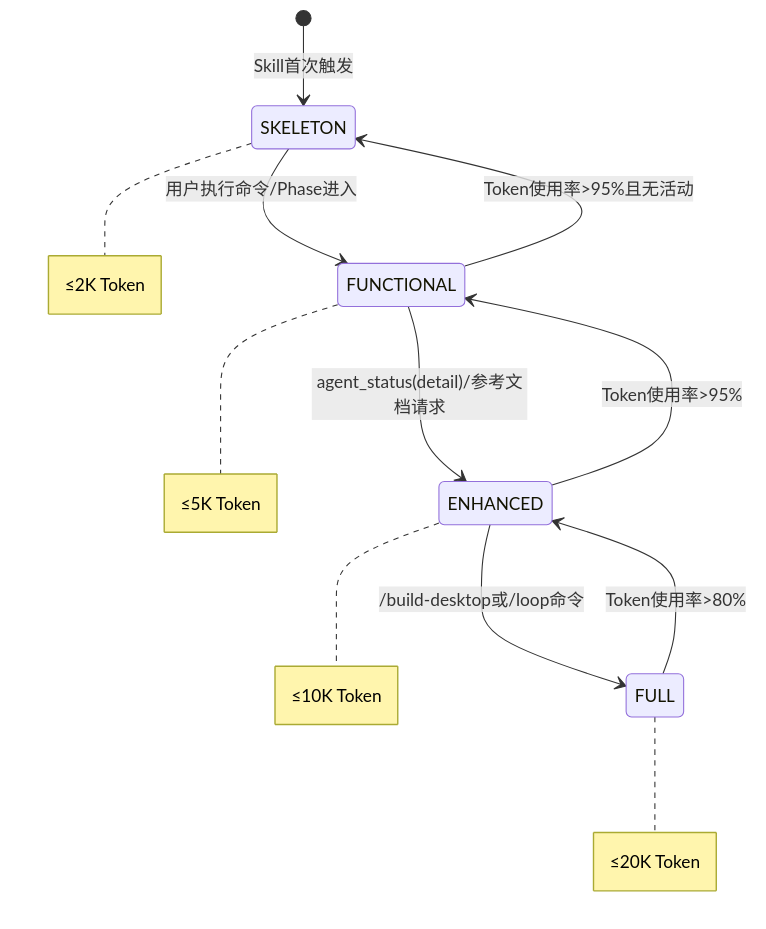
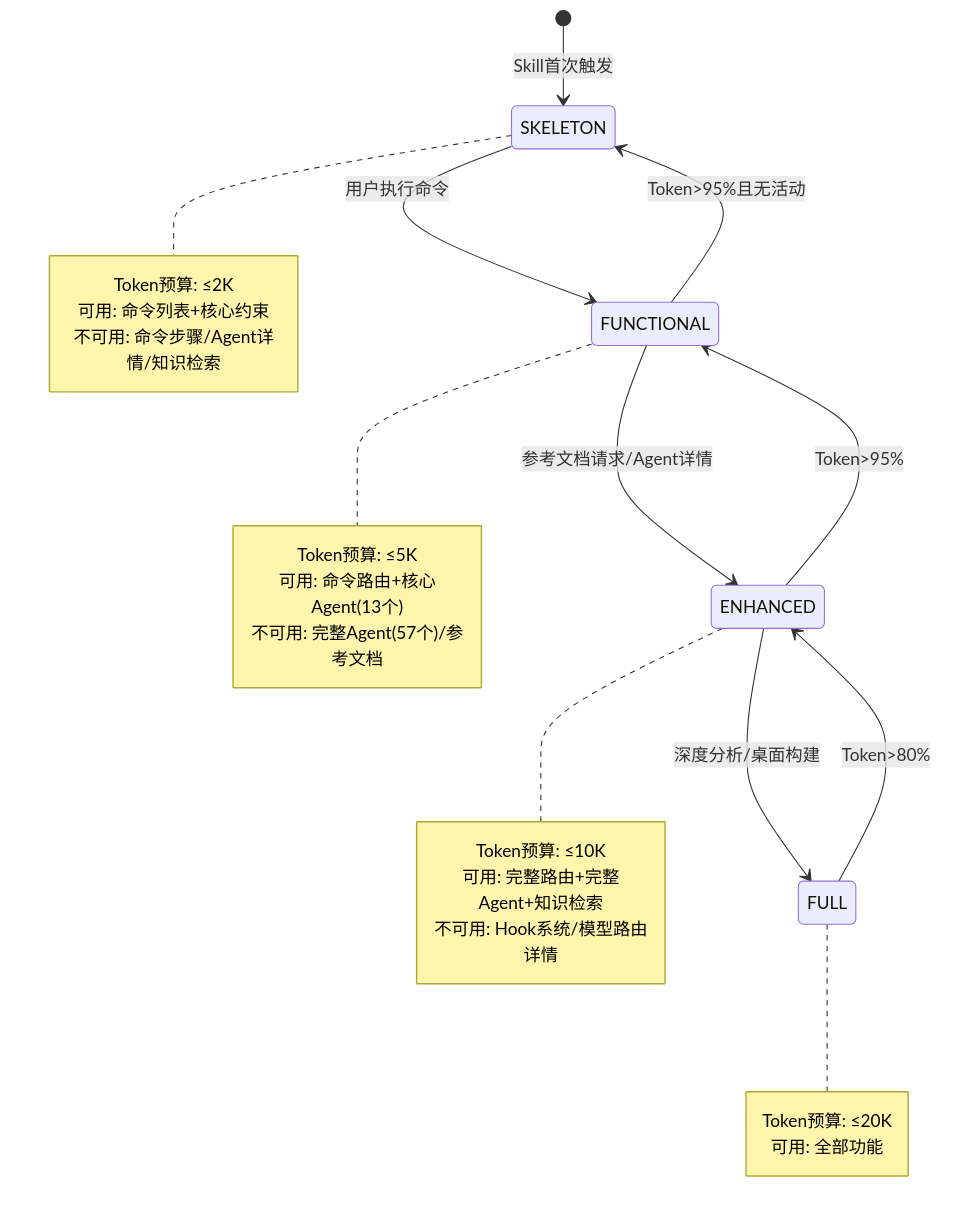
Before and after one commit to xuanyuanchumo/xuansto: the first of 5 diagrams in docs/plan/SKILL_REVIEW.md, drawn with Mermaid. The commit also changed other lines of this file and 26 other files, not shown here.

````diff
--- a/docs/plan/SKILL_REVIEW.md
+++ b/docs/plan/SKILL_REVIEW.md
@@ -607,16 +402,34 @@
 ```mermaid
 stateDiagram-v2
-    [*] --> SKELETON: Skill首次触发
-    SKELETON --> FUNCTIONAL: 用户执行命令/Phase进入
-    FUNCTIONAL --> ENHANCED: agent_status(detail)/参考文档请求
-    ENHANCED --> FULL: /build-desktop或/loop命令
+    [*] --> SKELETON : Skill首次触发
+    SKELETON --> FUNCTIONAL : 用户执行命令
+    FUNCTIONAL --> ENHANCED : 参考文档请求/Agent详情
+    ENHANCED --> FULL : 深度分析/桌面构建
 
-    FULL --> ENHANCED: Token使用率>80%
-    ENHANCED --> FUNCTIONAL: Token使用率>95%
-    FUNCTIONAL --> SKELETON: Token使用率>95%且无活动
+    FULL --> ENHANCED : Token>80%
+    ENHANCED --> FUNCTIONAL : Token>95%
+    FUNCTIONAL --> SKELETON : Token>95%且无活动
 
-    note right of SKELETON: ≤2K Token
-    note right of FUNCTIONAL: ≤5K Token
-    note right of ENHANCED: ≤10K Token
-    note right of FULL: ≤20K Token
+    note right of SKELETON
+        Token预算: ≤2K
+        可用: 命令列表+核心约束
+        不可用: 命令步骤/Agent详情/知识检索
+    end note
+
+    note right of FUNCTIONAL
+        Token预算: ≤5K
+        可用: 命令路由+核心Agent(13个)
+        不可用: 完整Agent(57个)/参考文档
+    end note
+
+    note right of ENHANCED
+        Token预算: ≤10K
+        可用: 完整路由+完整Agent+知识检索
+        不可用: Hook系统/模型路由详情
+    end note
+
+    note right of FULL
+        Token预算: ≤20K
+        可用: 全部功能
+    end note
 ```
````
